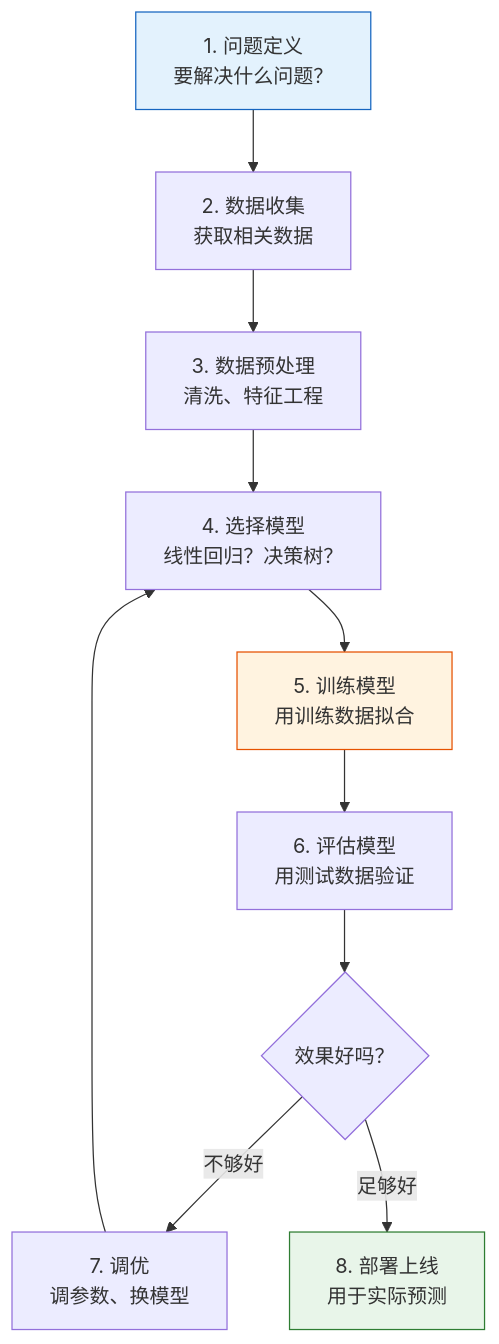
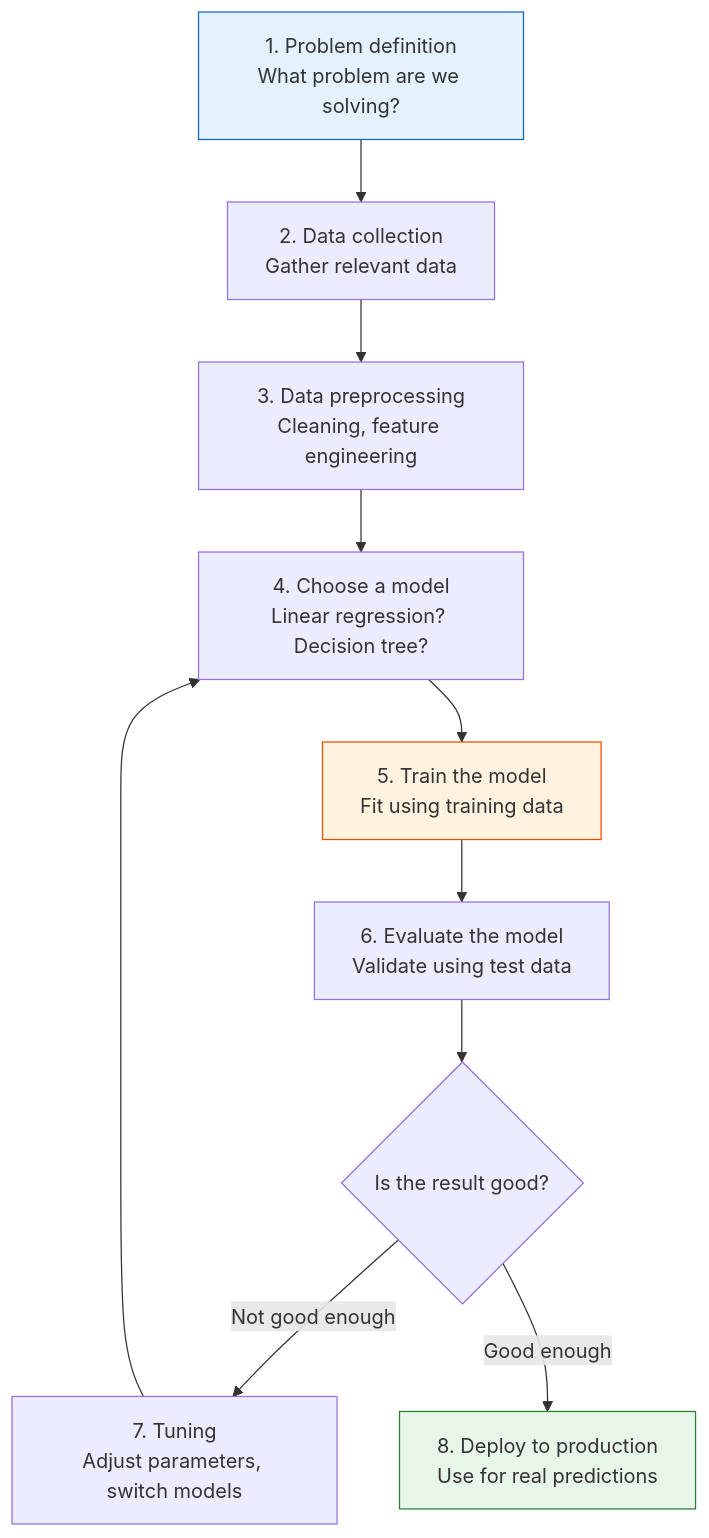
Before and after one commit to oudbiao/AI-fullstack-course: the third of 5 diagrams in docs/ch05-machine-learning/ch01-ml-basics/01-what-is-ml.md, drawn with Mermaid. The commit also changed other lines of this file and 1406 other files, not shown here.

````diff
--- a/docs/ch05-machine-learning/ch01-ml-basics/01-what-is-ml.md
+++ b/docs/ch05-machine-learning/ch01-ml-basics/01-what-is-ml.md
@@ -241,16 +241,16 @@
 ```mermaid
 flowchart TD
-    A["1. 问题定义<br/>要解决什么问题？"] --> B["2. 数据收集<br/>获取相关数据"]
-    B --> C["3. 数据预处理<br/>清洗、特征工程"]
-    C --> D["4. 选择模型<br/>线性回归？决策树？"]
-    D --> E["5. 训练模型<br/>用训练数据拟合"]
-    E --> F["6. 评估模型<br/>用测试数据验证"]
-    F --> G{"效果好吗？"}
-    G -->|"不够好"| H["7. 调优<br/>调参数、换模型"]
+    A["1. Problem definition<br/>What problem are we solving?"] --> B["2. Data collection<br/>Gather relevant data"]
+    B --> C["3. Data preprocessing<br/>Cleaning, feature engineering"]
+    C --> D["4. Choose a model<br/>Linear regression? Decision tree?"]
+    D --> E["5. Train the model<br/>Fit using training data"]
+    E --> F["6. Evaluate the model<br/>Validate using test data"]
+    F --> G{"Is the result good?"}
+    G -->|"Not good enough"| H["7. Tuning<br/>Adjust parameters, switch models"]
     H --> D
-    G -->|"足够好"| I["8. 部署上线<br/>用于实际预测"]
+    G -->|"Good enough"| I["8. Deploy to production<br/>Use for real predictions"]
 
     style A fill:#e3f2fd,stroke:#1565c0,color:#333
     style E fill:#fff3e0,stroke:#e65100,color:#333
     style I fill:#e8f5e9,stroke:#2e7d32,color:#333
 ```
````
